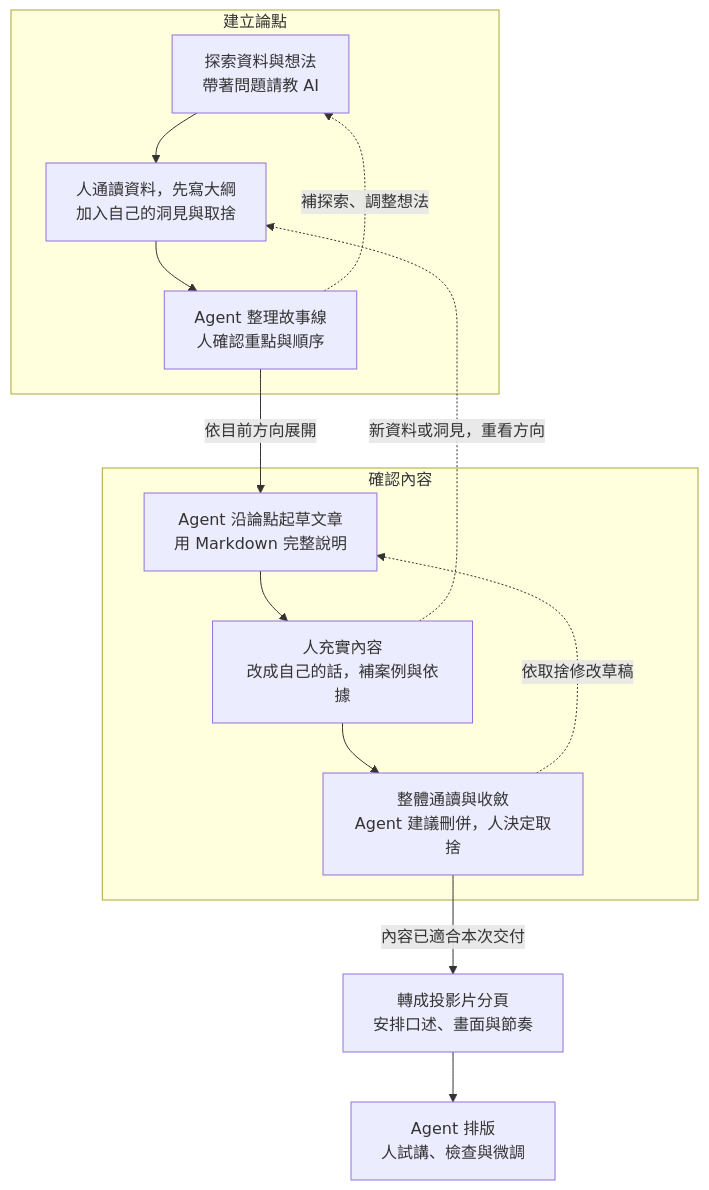
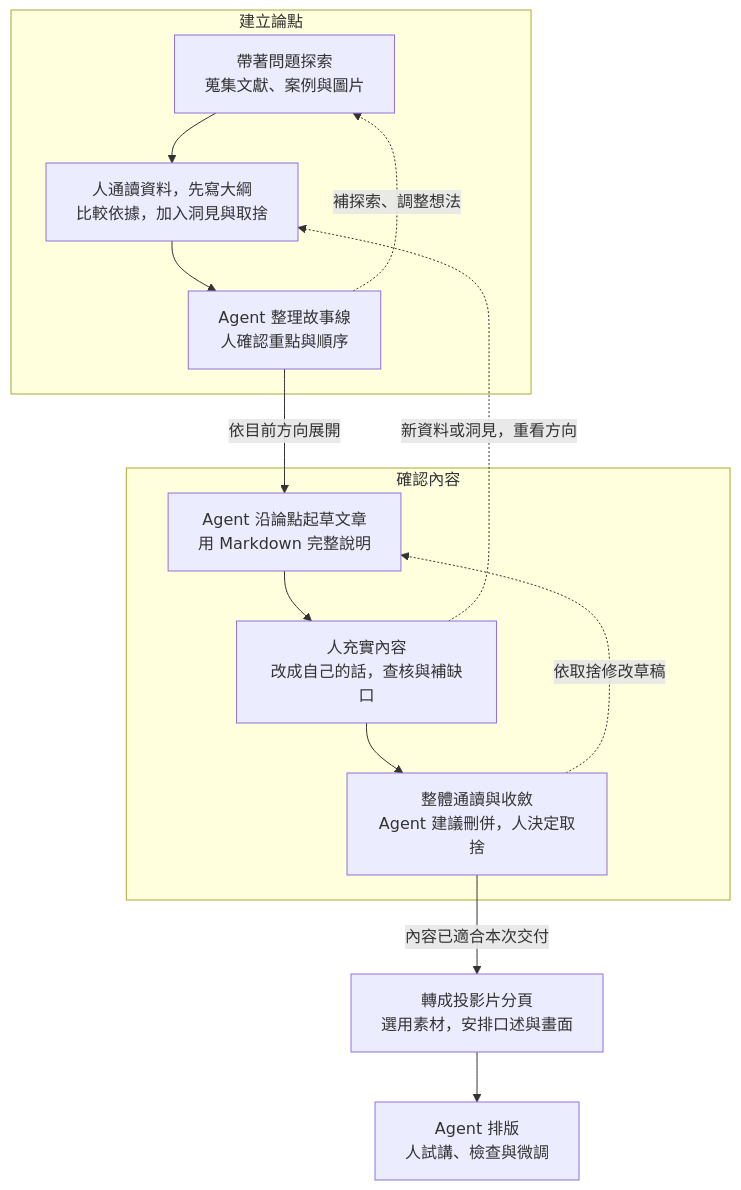
Before and after one commit to jimmy60504/agentic-knowledge-work: the second of 2 diagrams in drafts/02-week2-presentation-lesson-plan.md, drawn with Mermaid. The commit also changed other lines of this file and 3 other files, not shown here.

Commit message:
讓文獻與圖片參與論點形成並在第二週草案呈現圖文安排

````diff
--- a/drafts/02-week2-presentation-lesson-plan.md
+++ b/drafts/02-week2-presentation-lesson-plan.md
@@ -68,21 +97,21 @@
 ```mermaid
 flowchart TD
     subgraph direction_loop["建立論點"]
-        A["探索資料與想法<br/>帶著問題請教 AI"] --> B["人通讀資料，先寫大綱<br/>加入自己的洞見與取捨"]
+        A["帶著問題探索<br/>蒐集文獻、案例與圖片"] --> B["人通讀資料，先寫大綱<br/>比較依據，加入洞見與取捨"]
         B --> C["Agent 整理故事線<br/>人確認重點與順序"]
         C -. 補探索、調整想法 .-> A
     end
 
     C -->|依目前方向展開| D
 
     subgraph content_loop["確認內容"]
-        D["Agent 沿論點起草文章<br/>用 Markdown 完整說明"] --> E["人充實內容<br/>改成自己的話，補案例與依據"]
+        D["Agent 沿論點起草文章<br/>用 Markdown 完整說明"] --> E["人充實內容<br/>改成自己的話，查核與補缺口"]
         E --> F["整體通讀與收斂<br/>Agent 建議刪併，人決定取捨"]
         F -. 依取捨修改草稿 .-> D
     end
 
     E -. 新資料或洞見，重看方向 .-> B
 
-    F -->|內容已適合本次交付| H["轉成投影片分頁<br/>安排口述、畫面與節奏"]
+    F -->|內容已適合本次交付| H["轉成投影片分頁<br/>選用素材，安排口述與畫面"]
     H --> G["Agent 排版<br/>人試講、檢查與微調"]
 ```
````
